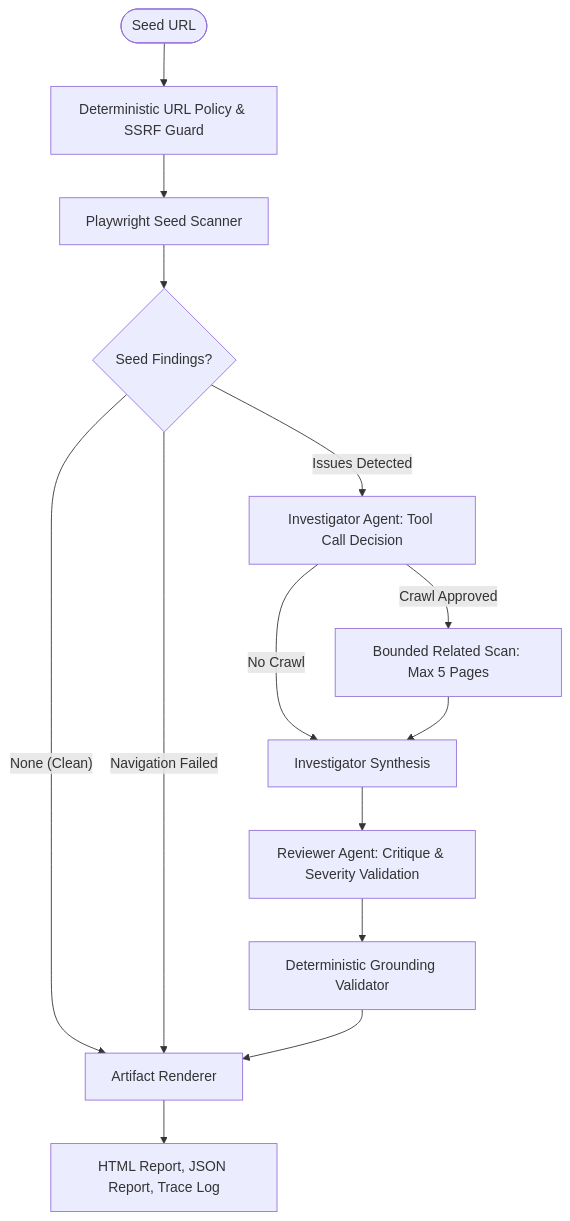
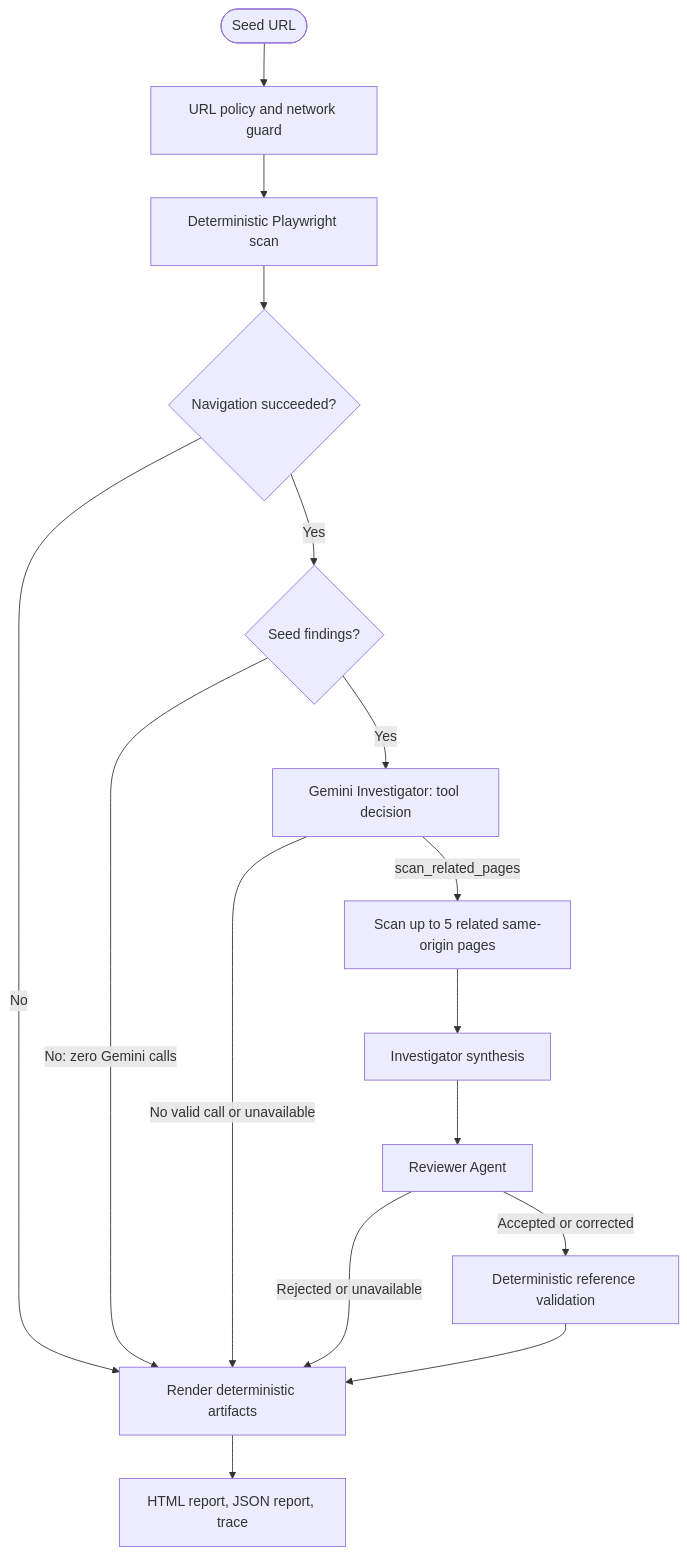
One commit to parovozUA/ai-web-auditor changed the diagram in README.md. Above: the diagram before and after it, drawn with Mermaid. The commit also changed other lines of this file, not shown here.

````diff
--- a/README.md
+++ b/README.md
@@ -29,16 +21,24 @@
 ```mermaid
 flowchart TD
-    A([Seed URL]) --> B[Deterministic URL Policy & SSRF Guard]
-    B --> C[Playwright Seed Scanner]
-    C --> D{Seed Findings?}
-    D -- None (Clean) --> H[Artifact Renderer]
-    D -- Navigation Failed --> H
-    D -- Issues Detected --> E[Investigator Agent: Tool Call Decision]
-    E -- No Crawl --> F[Investigator Synthesis]
-    E -- Crawl Approved --> G[Bounded Related Scan: Max 5 Pages]
-    G --> F
-    F --> I[Reviewer Agent: Critique & Severity Validation]
-    I --> J[Deterministic Grounding Validator]
-    J --> H
-    H --> K[HTML Report, JSON Report, Trace Log]
+    A([Seed URL]) --> B[URL policy and network guard]
+    B --> C[Deterministic Playwright scan]
+    C --> D{Navigation succeeded?}
+
+    D -->|No| R[Render deterministic artifacts]
+    D -->|Yes| E{Seed findings?}
+
+    E -->|No: zero Gemini calls| R
+    E -->|Yes| F[Gemini Investigator: tool decision]
+
+    F -->|No valid call or unavailable| R
+    F -->|scan_related_pages| G[Scan up to 5 related same-origin pages]
+
+    G --> H[Investigator synthesis]
+    H --> I[Reviewer Agent]
+
+    I -->|Rejected or unavailable| R
+    I -->|Accepted or corrected| J[Deterministic reference validation]
+
+    J --> R
+    R --> K[HTML report, JSON report, trace]
 ```
````
